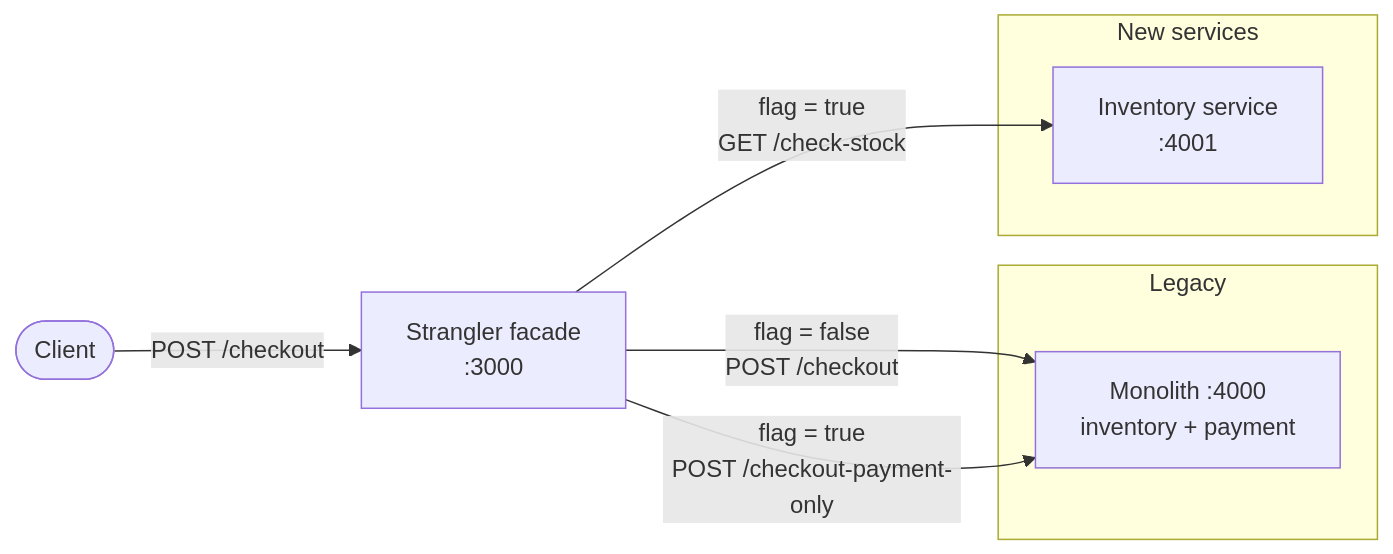
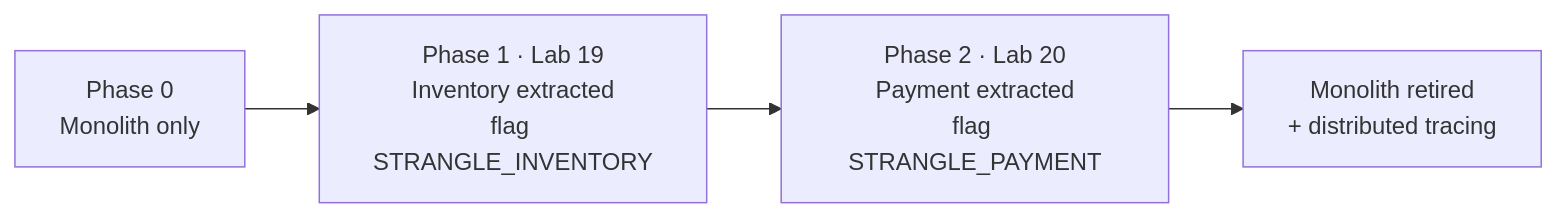
One commit to JhonnatanPenate/enterprise-app-modernization changed the diagram in README.md. Above: the diagram before and after it, drawn with Mermaid. The commit also changed other lines of this file and 1 other file, not shown here.

````diff
--- a/README.md
+++ b/README.md
@@ -51,16 +65,6 @@
 ```mermaid
 flowchart LR
-    Client([Client]) -->|POST /checkout| Facade[Strangler facade<br/>:3000]
-
-    subgraph Legacy
-        Monolith[Monolith :4000<br/>inventory + payment]
-    end
-
-    subgraph New services
-        Inventory[Inventory service<br/>:4001]
-    end
-
-    Facade -- "flag = false<br/>POST /checkout" --> Monolith
-    Facade -- "flag = true<br/>GET /check-stock" --> Inventory
-    Facade -- "flag = true<br/>POST /checkout-payment-only" --> Monolith
+    P0["Phase 0<br/>Monolith only"] --> P1["Phase 1 · Lab 19<br/>Inventory extracted<br/>flag STRANGLE_INVENTORY"]
+    P1 --> P2["Phase 2 · Lab 20<br/>Payment extracted<br/>flag STRANGLE_PAYMENT"]
+    P2 --> P3["Monolith retired<br/>+ distributed tracing"]
 ```
````
